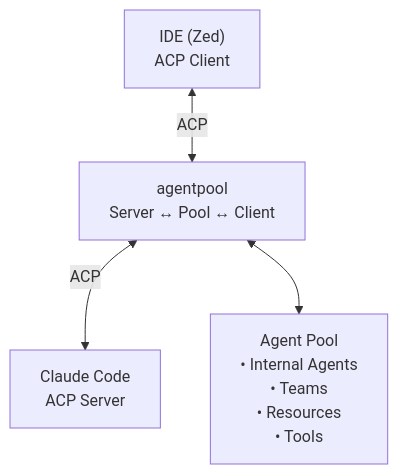
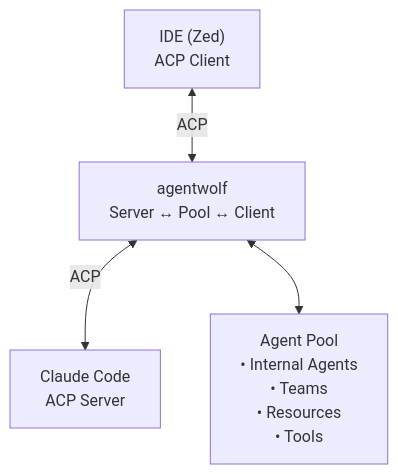
Before and after one commit to Leoyzen/agentpool: the third of 5 diagrams in docs/how-to/advanced/acp-integration.md, drawn with Mermaid. The commit also changed other lines of this file and 2075 other files, not shown here.

Commit message:
refactor: rename agentpool to agentwolf across repository, package, and CLI

````diff
--- a/docs/how-to/advanced/acp-integration.md
+++ b/docs/how-to/advanced/acp-integration.md
@@ -141,11 +141,11 @@
 ```mermaid
 graph TB
     IDE["IDE (Zed)<br/>ACP Client"]
-    LLM["agentpool<br/>Server ↔ Pool ↔ Client"]
+    LLM["agentwolf<br/>Server ↔ Pool ↔ Client"]
     Claude["Claude Code<br/>ACP Server"]
     Pool["Agent Pool<br/>• Internal Agents<br/>• Teams<br/>• Resources<br/>• Tools"]
     
     IDE <-->|ACP| LLM
     LLM <-->|ACP| Claude
     LLM <--> Pool
 ```
````
